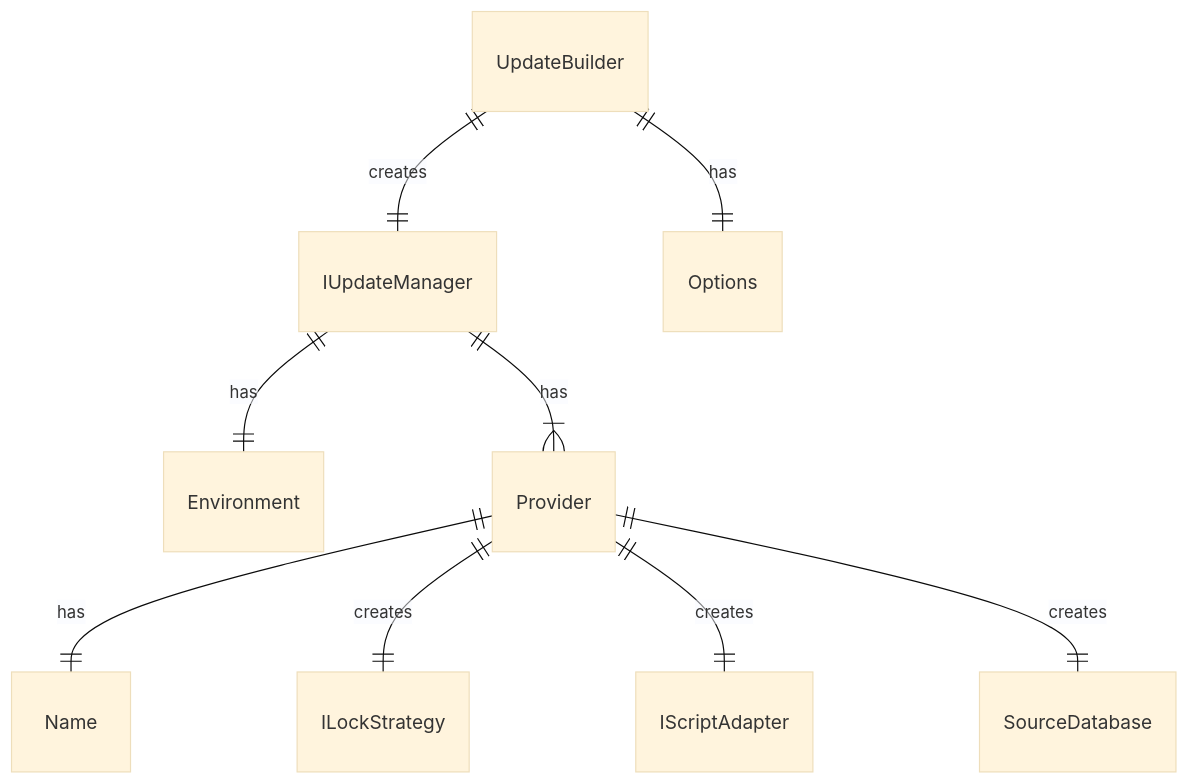
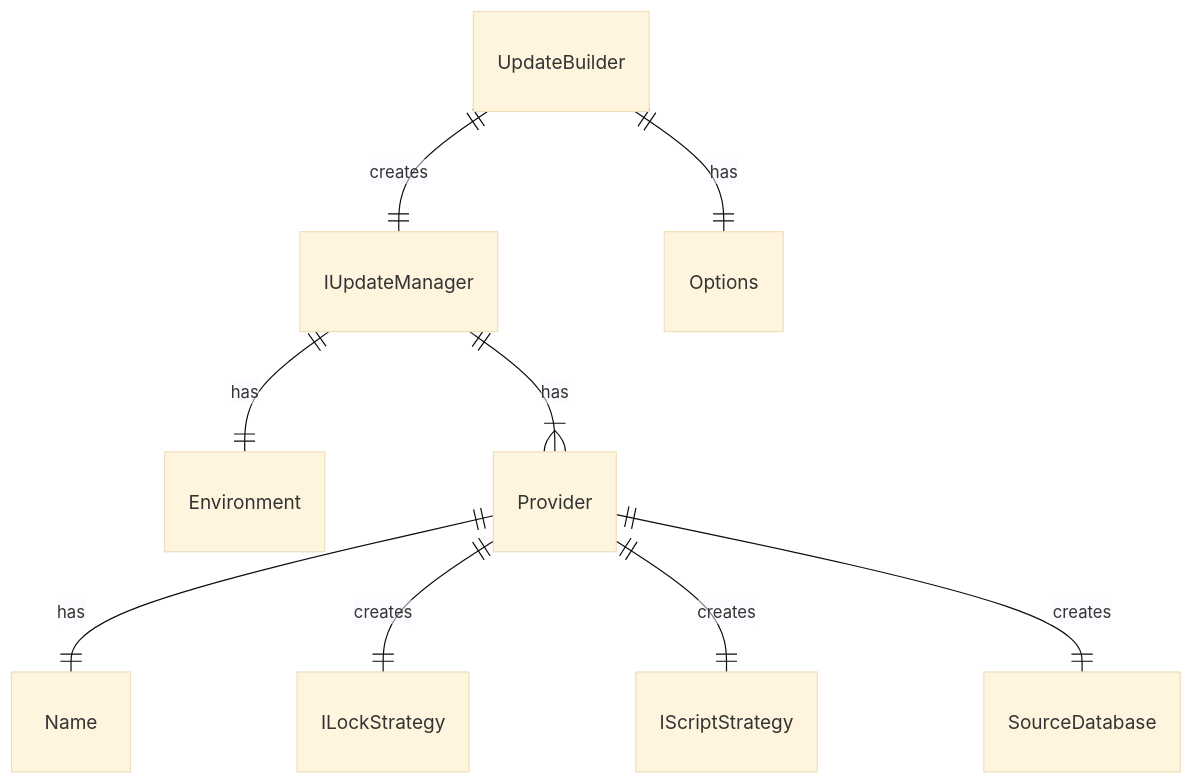
One commit to NetDefender/Upgradier changed the diagram in README.md. Above: the diagram before and after it, drawn with Mermaid (base theme). The commit also changed other lines of this file and 2 other files, not shown here.

Commit message:
chore: ignore paths and fix readme

````diff
--- a/README.md
+++ b/README.md
@@ -22,11 +21,11 @@
 ```mermaid
 erDiagram
     UpdateBuilder||--|| IUpdateManager: creates
     UpdateBuilder||--|| Options: has
     IUpdateManager ||--|| Environment:has
     IUpdateManager ||--|{ Provider :has
     Provider ||--|| Name :has
     Provider ||--|| ILockStrategy :creates
-    Provider ||--|| IScriptAdapter :creates
+    Provider ||--|| IScriptStrategy :creates
     Provider ||--|| SourceDatabase :creates
 ```
````
